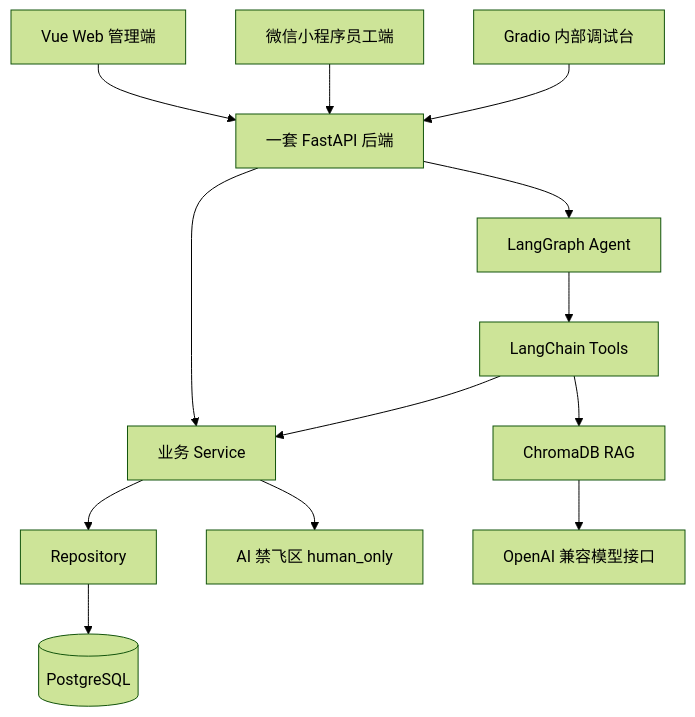
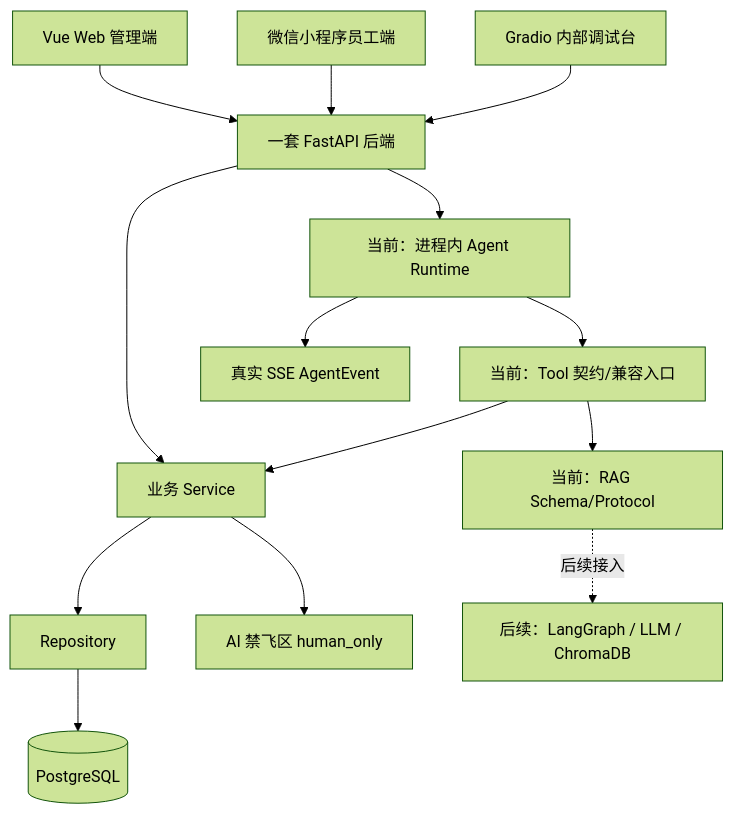
Before and after one commit to shmzl1/workspace-core: the diagram in docs/架构设计.md, drawn with Mermaid (forest theme). The commit also changed other lines of this file and 69 other files, not shown here.

````diff
--- a/docs/架构设计.md
+++ b/docs/架构设计.md
@@ -14,28 +14,29 @@
 ```mermaid
 flowchart TB
     Web[Vue Web 管理端]
     Mini[微信小程序员工端]
     Gradio[Gradio 内部调试台]
     API[一套 FastAPI 后端]
     Service[业务 Service]
     Repo[Repository]
     PG[(PostgreSQL)]
-    Agent[LangGraph Agent]
-    Tool[LangChain Tools]
-    RAG[ChromaDB RAG]
-    LLM[OpenAI 兼容模型接口]
+    Runtime[当前：进程内 Agent Runtime]
+    Tool[当前：Tool 契约/兼容入口]
+    RAG[当前：RAG Schema/Protocol]
+    Future[后续：LangGraph / LLM / ChromaDB]
     Human[AI 禁飞区 human_only]
 
     Web --> API
     Mini --> API
     Gradio --> API
     API --> Service
     Service --> Repo
     Repo --> PG
-    API --> Agent
-    Agent --> Tool
+    API --> Runtime
+    Runtime --> SSE[真实 SSE AgentEvent]
+    Runtime --> Tool
     Tool --> Service
     Tool --> RAG
-    RAG --> LLM
+    RAG -. 后续接入 .-> Future
     Service --> Human
 ```
````
